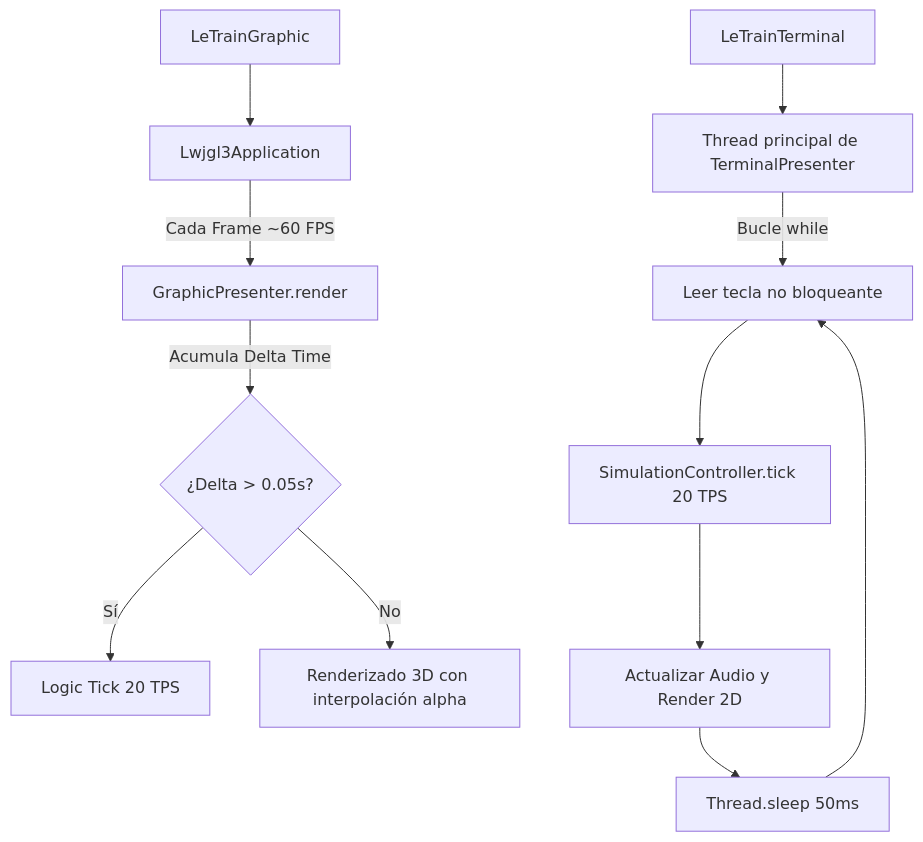
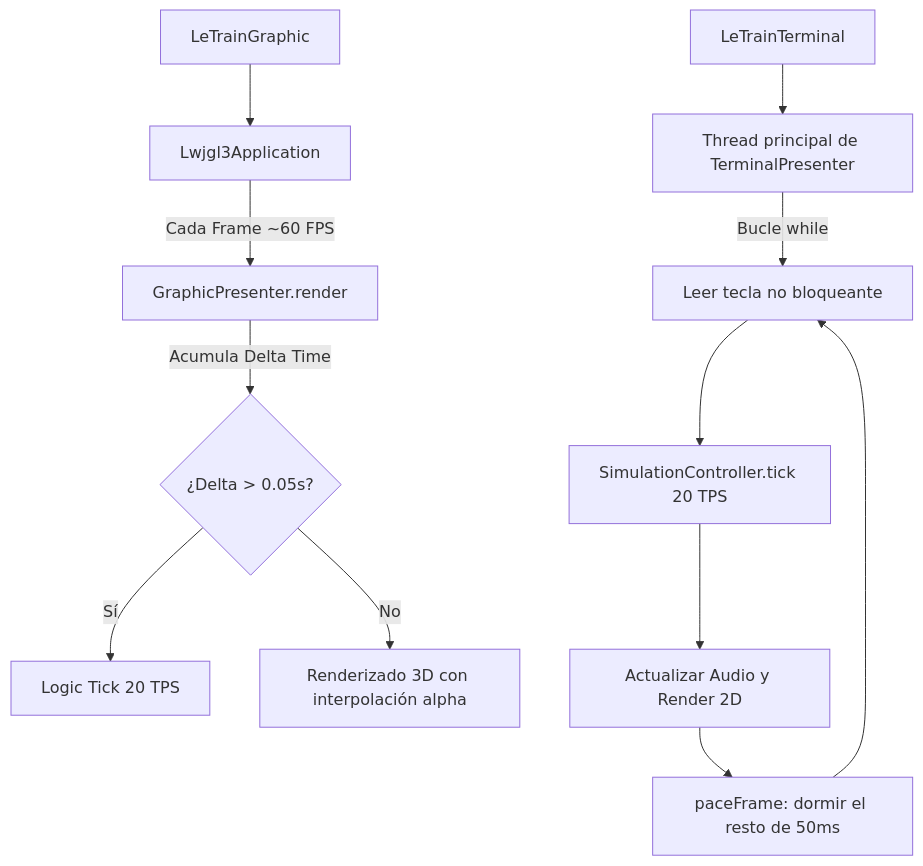
The first of 3 diagrams in docs/developer/architecture/GameLoop.md (antoniovazquezaraujo/LeTrain), drawn with Mermaid before and after one commit. The commit also changed other lines of this file and 9 other files, not shown here.

````diff
--- a/docs/developer/architecture/GameLoop.md
+++ b/docs/developer/architecture/GameLoop.md
@@ -45,16 +45,16 @@
 ```mermaid
 graph TD
     A[LeTrainGraphic] --> B[Lwjgl3Application]
     C[LeTrainTerminal] --> D[Thread principal de TerminalPresenter]
     
     B -->|Cada Frame ~60 FPS| E[GraphicPresenter.render]
     E -->|Acumula Delta Time| F{¿Delta > 0.05s?}
     F -->|Sí| G[Logic Tick 20 TPS]
     F -->|No| H[Renderizado 3D con interpolación alpha]
     
     D -->|Bucle while| I[Leer tecla no bloqueante]
     I --> J[SimulationController.tick 20 TPS]
     J --> K[Actualizar Audio y Render 2D]
-    K --> L[Thread.sleep 50ms]
+    K --> L[paceFrame: dormir el resto de 50ms]
     L --> I
 ```
````
